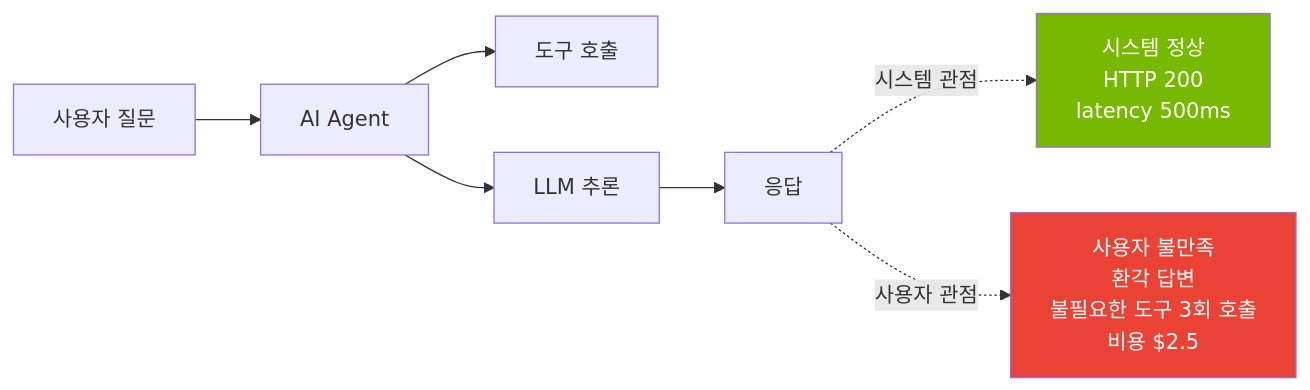
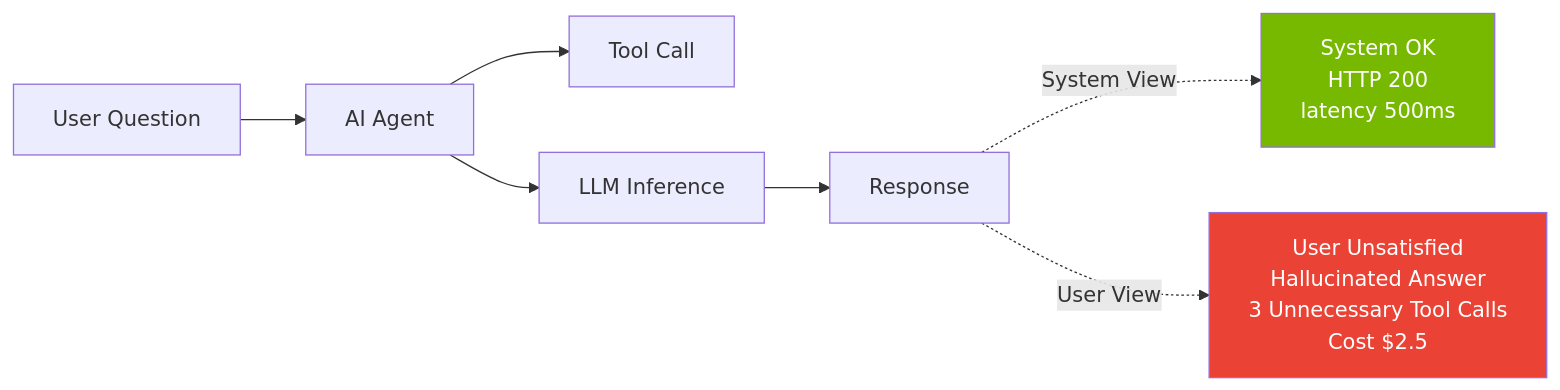
Before and after one commit to devfloor9/engineering-playbook: the first of 2 diagrams in docs/aidlc/operations/agentic-metrics.md, drawn with Mermaid. The commit also changed other lines of this file and 954 other files, not shown here.

````diff
--- a/docs/aidlc/operations/agentic-metrics.md
+++ b/docs/aidlc/operations/agentic-metrics.md
@@ -39,22 +41,22 @@
 ```mermaid
 flowchart LR
-    USER[사용자 질문]
+    USER[User Question]
     AGENT[AI Agent]
-    TOOLS[도구 호출]
-    LLM[LLM 추론]
-    RESPONSE[응답]
+    TOOLS[Tool Call]
+    LLM[LLM Inference]
+    RESPONSE[Response]
 
-    SYSTEM_OK[시스템 정상<br/>HTTP 200<br/>latency 500ms]
-    USER_FAIL[사용자 불만족<br/>환각 답변<br/>불필요한 도구 3회 호출<br/>비용 $2.5]
+    SYSTEM_OK[System OK<br/>HTTP 200<br/>latency 500ms]
+    USER_FAIL[User Unsatisfied<br/>Hallucinated Answer<br/>3 Unnecessary Tool Calls<br/>Cost $2.5]
 
     USER --> AGENT
     AGENT --> TOOLS
     AGENT --> LLM
     LLM --> RESPONSE
 
-    RESPONSE -.->|시스템 관점| SYSTEM_OK
-    RESPONSE -.->|사용자 관점| USER_FAIL
+    RESPONSE -.->|System View| SYSTEM_OK
+    RESPONSE -.->|User View| USER_FAIL
 
     style SYSTEM_OK fill:#76b900,color:#fff
     style USER_FAIL fill:#ea4335,color:#fff
 ```
````
